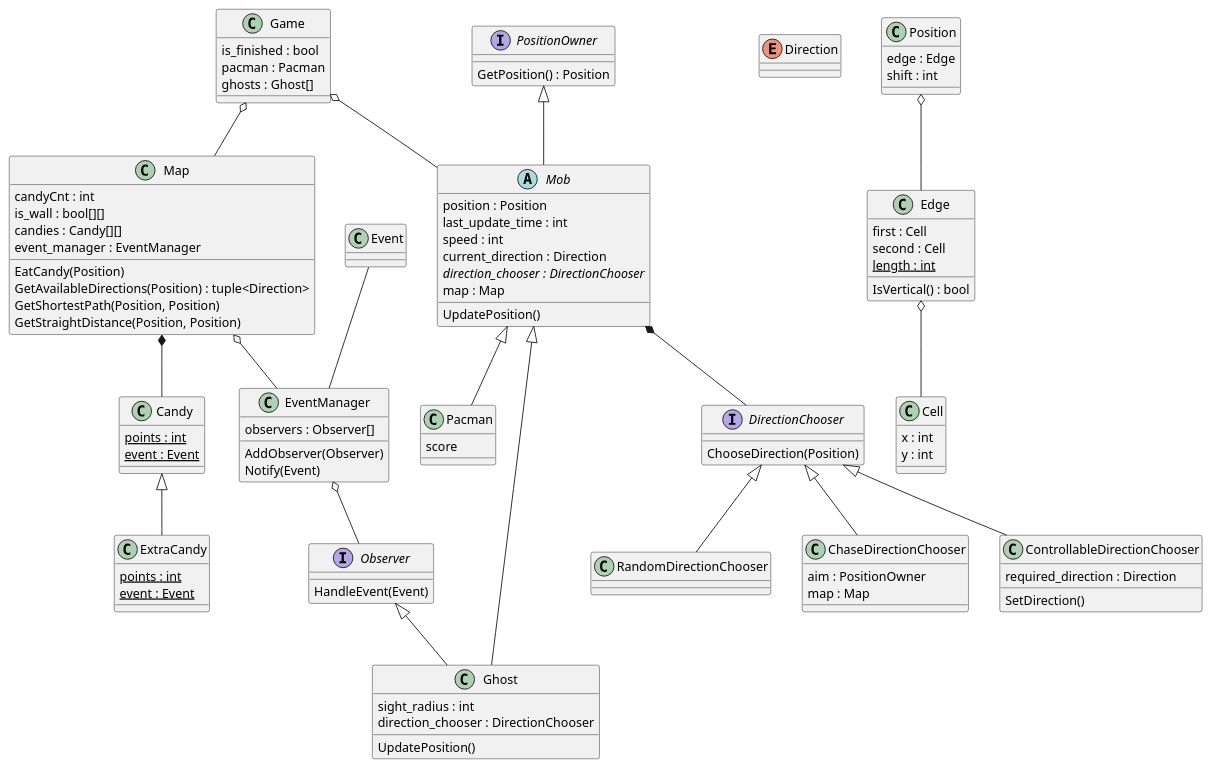
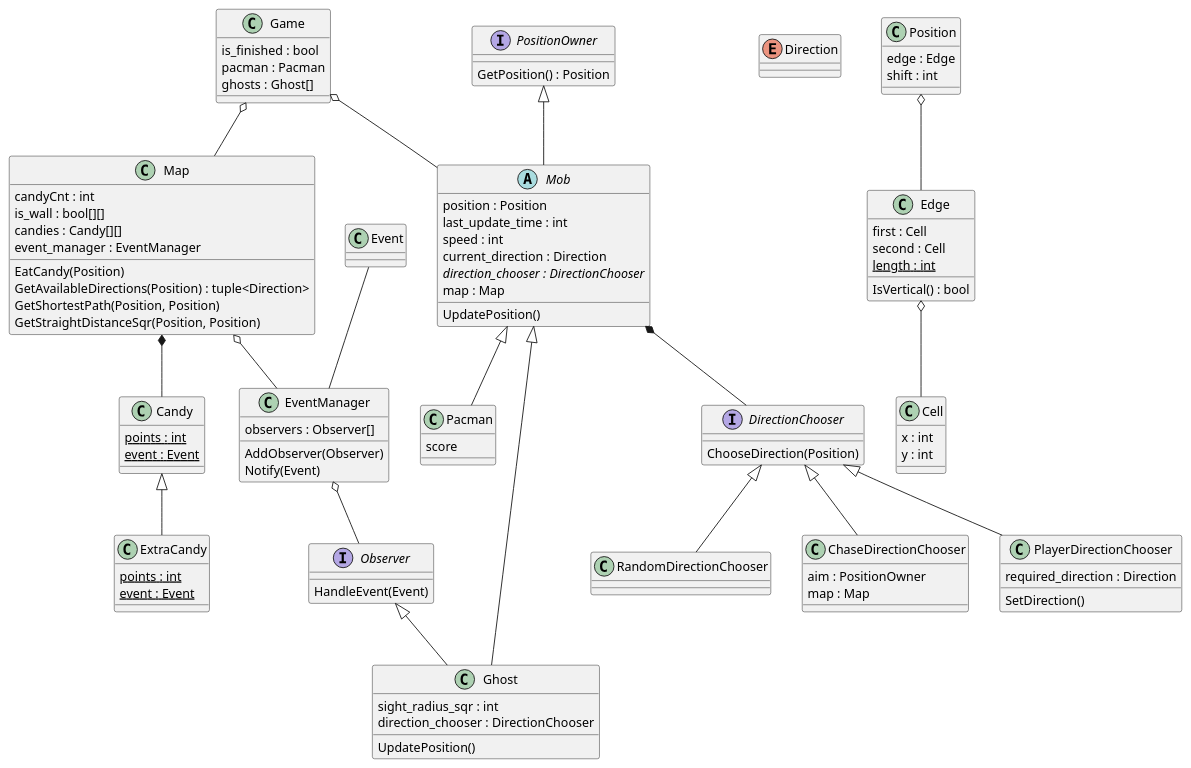
One commit to rdmila/pacman-cpp changed the diagram in diagrams/class_diagram.wsd. Above: the diagram before and after it, drawn with PlantUML. The commit also changed 13 other files, not shown here.

```diff
--- a/diagrams/class_diagram.wsd
+++ b/diagrams/class_diagram.wsd
@@ -1,118 +1,118 @@
 @startuml Class Diagram
 skinparam classAttributeIconSize 0
 
 class Game
 
 enum Direction
 class Map
 class Cell
 class Edge
 class Position
 interface PositionOwner
 
 class Candy
 class ExtraCandy
 
 abstract Mob
 class Pacman
 class Ghost
 interface DirectionChooser
 class RandomDirectionChooser
 class ChaseDirectionChooser
-class ControllableDirectionChooser
+class PlayerDirectionChooser
 
 class Event
 class EventManager
 interface Observer
 
 Game : is_finished : bool
 Game : pacman : Pacman
 Game : ghosts : Ghost[]
 
 Cell : x : int
 Cell : y : int
 
 Edge : first : Cell
 Edge : second : Cell
 Edge : {static} length : int
 Edge : IsVertical() : bool
 
 Map : candyCnt : int
 Map : is_wall : bool[][]
 Map : candies : Candy[][]
 Map : event_manager : EventManager
 Map : EatCandy(Position)
 
 Map : GetAvailableDirections(Position) : tuple<Direction>
 Map : GetShortestPath(Position, Position)
-Map : GetStraightDistance(Position, Position)
+Map : GetStraightDistanceSqr(Position, Position)
 
 PositionOwner : GetPosition() : Position
 
 
 Position : edge : Edge
 Position : shift : int
 
 Candy : {static} points : int
 Candy : {static} event : Event
 
 ExtraCandy : {static} points : int
 ExtraCandy : {static} event : Event
 
 Mob : position : Position
 Mob : last_update_time : int
 Mob : speed : int
 Mob : current_direction : Direction
 Mob : {abstract} direction_chooser : DirectionChooser
 Mob : UpdatePosition()
 Mob : map : Map
 
 Pacman : score
 
-Ghost : sight_radius : int
+Ghost : sight_radius_sqr : int
 Ghost : UpdatePosition()
 Ghost : direction_chooser : DirectionChooser
 
 DirectionChooser : ChooseDirection(Position)
 
 ChaseDirectionChooser : aim : PositionOwner
 ChaseDirectionChooser : map : Map
 
-ControllableDirectionChooser : required_direction : Direction
-ControllableDirectionChooser : SetDirection()
+PlayerDirectionChooser : required_direction : Direction
+PlayerDirectionChooser : SetDirection()
 
 EventManager : observers : Observer[]
 EventManager : AddObserver(Observer)
 EventManager : Notify(Event)
 
 Observer : HandleEvent(Event)
 
 Game o-- Mob
 Game o-- Map
 
 PositionOwner <|-- Mob
 
 Mob <|-- Pacman
 Mob <|-- Ghost
 
 DirectionChooser <|-- RandomDirectionChooser
 DirectionChooser <|-- ChaseDirectionChooser
-DirectionChooser <|-- ControllableDirectionChooser
+DirectionChooser <|-- PlayerDirectionChooser
 
 Mob *-- DirectionChooser
 
 Observer <|-- Ghost
 
 Event -- EventManager
 
 Position o-- Edge
 
 Edge o-- Cell
 
 Map o-- EventManager
 Map *-- Candy
 
 EventManager o-- Observer
 
 Candy <|-- ExtraCandy
 @enduml
```
